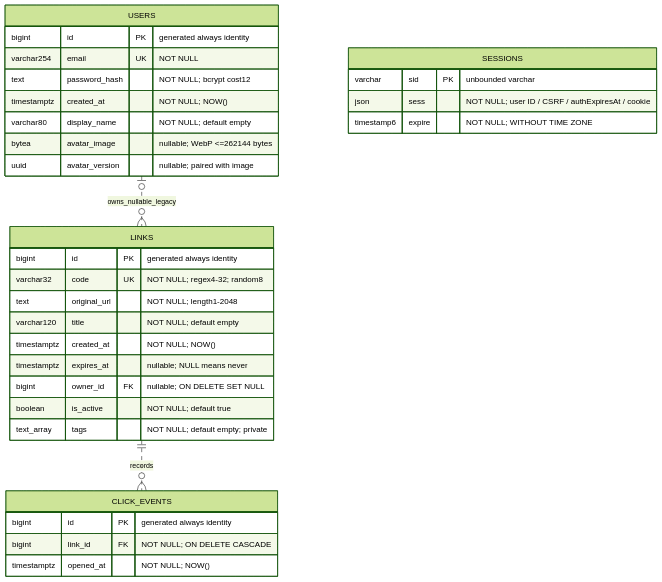
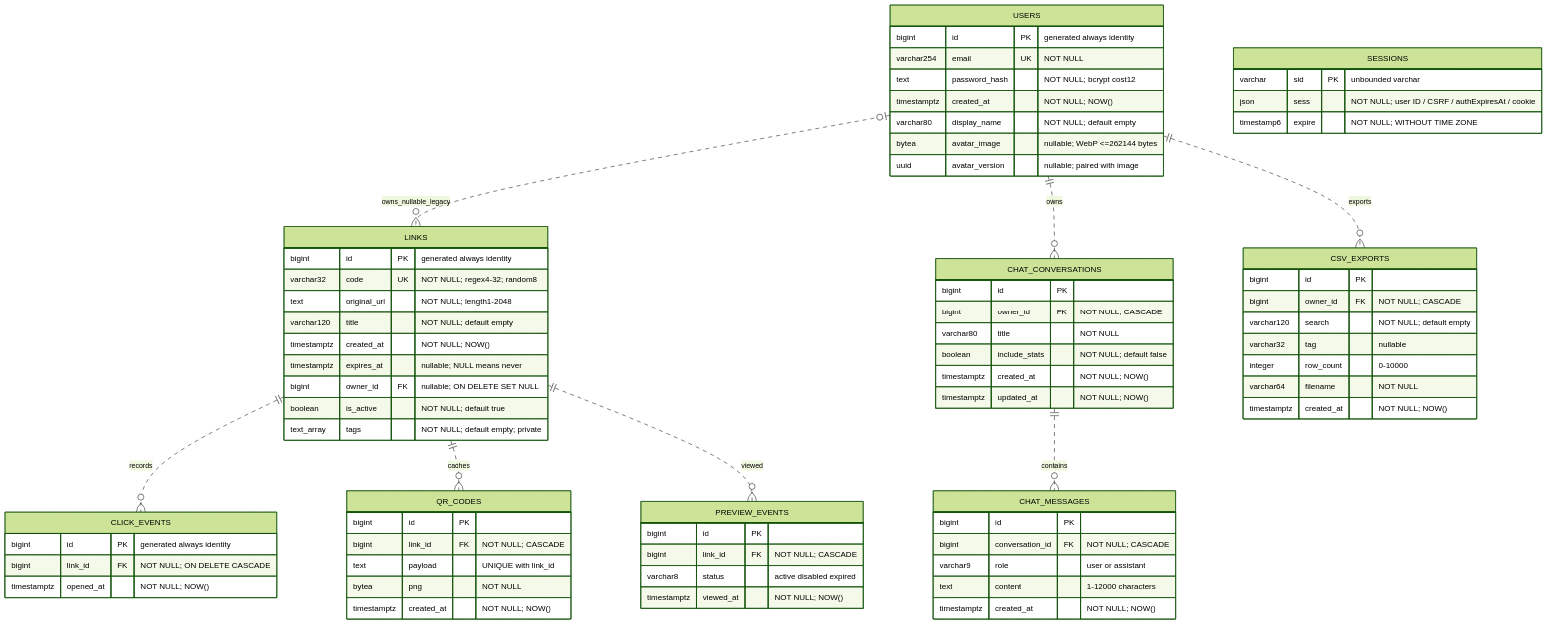
The diagram in docs/diagrams/er.mmd (nicky-wrc/short-url-system), drawn with Mermaid (forest theme) before and after one commit. The commit also changed 32 other files, not shown here.

Commit message:
feat: persist chat history and QR, CSV, preview records

```diff
--- a/docs/diagrams/er.mmd
+++ b/docs/diagrams/er.mmd
@@ -1,33 +1,75 @@
 erDiagram
   USERS o|..o{ LINKS : owns_nullable_legacy
   LINKS ||..o{ CLICK_EVENTS : records
   USERS {
     bigint id PK "generated always identity"
     varchar254 email UK "NOT NULL"
     text password_hash "NOT NULL; bcrypt cost12"
     timestamptz created_at "NOT NULL; NOW()"
     varchar80 display_name "NOT NULL; default empty"
     bytea avatar_image "nullable; WebP <=262144 bytes"
     uuid avatar_version "nullable; paired with image"
   }
   LINKS {
     bigint id PK "generated always identity"
     varchar32 code UK "NOT NULL; regex4-32; random8"
     text original_url "NOT NULL; length1-2048"
     varchar120 title "NOT NULL; default empty"
     timestamptz created_at "NOT NULL; NOW()"
     timestamptz expires_at "nullable; NULL means never"
     bigint owner_id FK "nullable; ON DELETE SET NULL"
     boolean is_active "NOT NULL; default true"
     text_array tags "NOT NULL; default empty; private"
   }
   CLICK_EVENTS {
     bigint id PK "generated always identity"
     bigint link_id FK "NOT NULL; ON DELETE CASCADE"
     timestamptz opened_at "NOT NULL; NOW()"
   }
   SESSIONS {
     varchar sid PK "unbounded varchar"
     json sess "NOT NULL; user ID / CSRF / authExpiresAt / cookie"
     timestamp6 expire "NOT NULL; WITHOUT TIME ZONE"
   }
+  USERS ||..o{ CHAT_CONVERSATIONS : owns
+  CHAT_CONVERSATIONS ||..o{ CHAT_MESSAGES : contains
+  LINKS ||..o{ QR_CODES : caches
+  USERS ||..o{ CSV_EXPORTS : exports
+  LINKS ||..o{ PREVIEW_EVENTS : viewed
+  CHAT_CONVERSATIONS {
+    bigint id PK
+    bigint owner_id FK "NOT NULL; CASCADE"
+    varchar80 title "NOT NULL"
+    boolean include_stats "NOT NULL; default false"
+    timestamptz created_at "NOT NULL; NOW()"
+    timestamptz updated_at "NOT NULL; NOW()"
+  }
+  CHAT_MESSAGES {
+    bigint id PK
+    bigint conversation_id FK "NOT NULL; CASCADE"
+    varchar9 role "user or assistant"
+    text content "1-12000 characters"
+    timestamptz created_at "NOT NULL; NOW()"
+  }
+  QR_CODES {
+    bigint id PK
+    bigint link_id FK "NOT NULL; CASCADE"
+    text payload "UNIQUE with link_id"
+    bytea png "NOT NULL"
+    timestamptz created_at "NOT NULL; NOW()"
+  }
+  CSV_EXPORTS {
+    bigint id PK
+    bigint owner_id FK "NOT NULL; CASCADE"
+    varchar120 search "NOT NULL; default empty"
+    varchar32 tag "nullable"
+    integer row_count "0-10000"
+    varchar64 filename "NOT NULL"
+    timestamptz created_at "NOT NULL; NOW()"
+  }
+  PREVIEW_EVENTS {
+    bigint id PK
+    bigint link_id FK "NOT NULL; CASCADE"
+    varchar8 status "active disabled expired"
+    timestamptz viewed_at "NOT NULL; NOW()"
+  }
```
